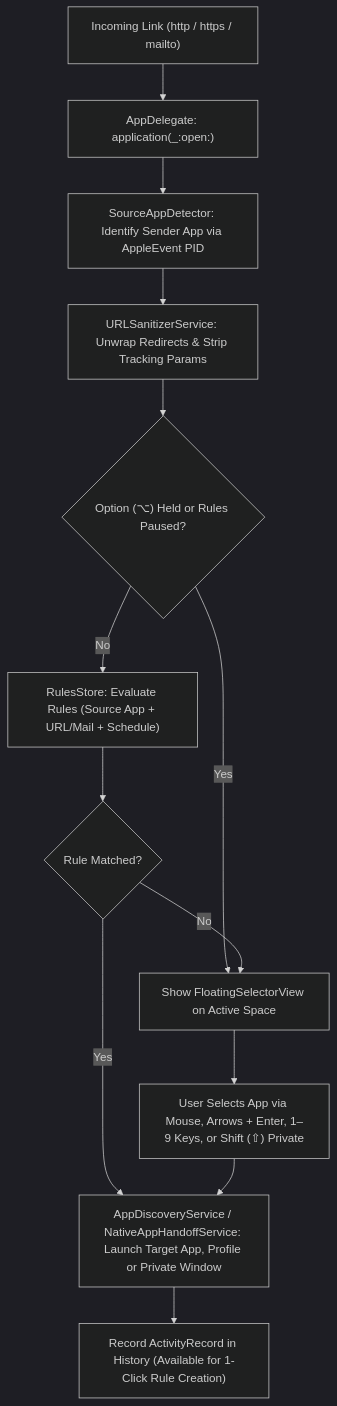
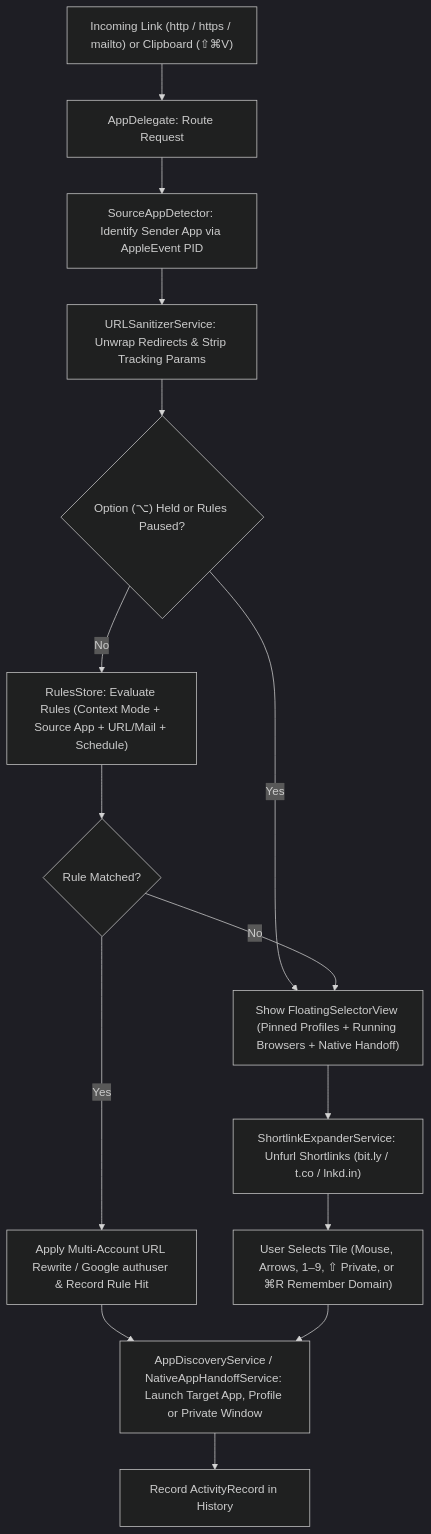
Before and after one commit to alejandro-llanes/maxguspicker1824: the diagram in README.md, drawn with Mermaid (dark theme). The commit also changed other lines of this file and 20 other files, not shown here.

Commit message:
feat: add multi-account routing features, customizable Chooser UX settings, and updated Retina screenshots (v1.1.0)

````diff
--- a/README.md
+++ b/README.md
@@ -163,15 +178,17 @@
 ```mermaid
 flowchart TD
-    A["Incoming Link (http / https / mailto)"] --> B["AppDelegate: application(_:open:)"]
+    A["Incoming Link (http / https / mailto) or Clipboard (⇧⌘V)"] --> B["AppDelegate: Route Request"]
     B --> C["SourceAppDetector: Identify Sender App via AppleEvent PID"]
     C --> D["URLSanitizerService: Unwrap Redirects & Strip Tracking Params"]
     D --> E{"Option (⌥) Held or Rules Paused?"}
-    E -- "Yes" --> H["Show FloatingSelectorView on Active Space"]
-    E -- "No" --> F["RulesStore: Evaluate Rules (Source App + URL/Mail + Schedule)"]
+    E -- "Yes" --> H["Show FloatingSelectorView (Pinned Profiles + Running Browsers + Native Handoff)"]
+    E -- "No" --> F["RulesStore: Evaluate Rules (Context Mode + Source App + URL/Mail + Schedule)"]
     F --> G{"Rule Matched?"}
-    G -- "Yes" --> I["AppDiscoveryService / NativeAppHandoffService: Launch Target App, Profile or Private Window"]
+    G -- "Yes" --> M["Apply Multi-Account URL Rewrite / Google authuser & Record Rule Hit"]
+    M --> I["AppDiscoveryService / NativeAppHandoffService: Launch Target App, Profile or Private Window"]
     G -- "No" --> H
-    H --> J["User Selects App via Mouse, Arrows + Enter, 1–9 Keys, or Shift (⇧) Private"]
+    H --> S["ShortlinkExpanderService: Unfurl Shortlinks (bit.ly / t.co / lnkd.in)"]
+    S --> J["User Selects Tile (Mouse, Arrows, 1–9, ⇧ Private, or ⌘R Remember Domain)"]
     J --> I
-    I --> K["Record ActivityRecord in History (Available for 1-Click Rule Creation)"]
+    I --> K["Record ActivityRecord in History"]
 ```
````
